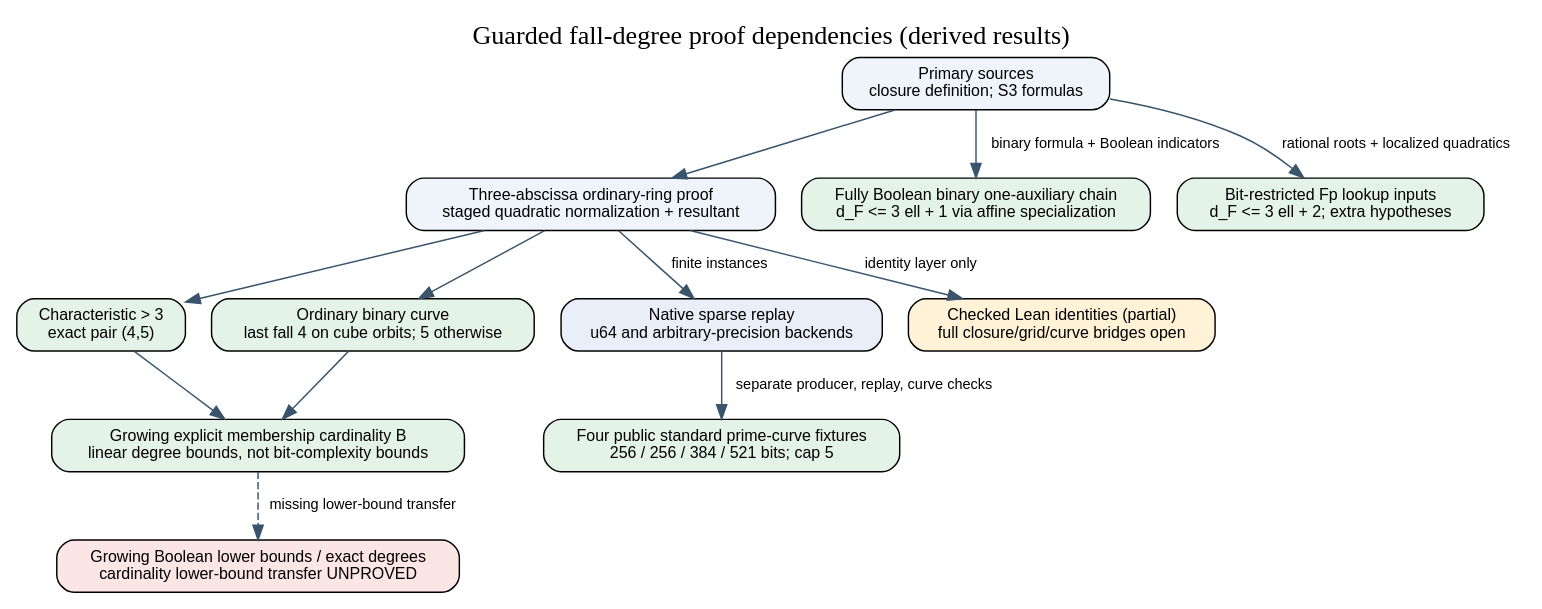
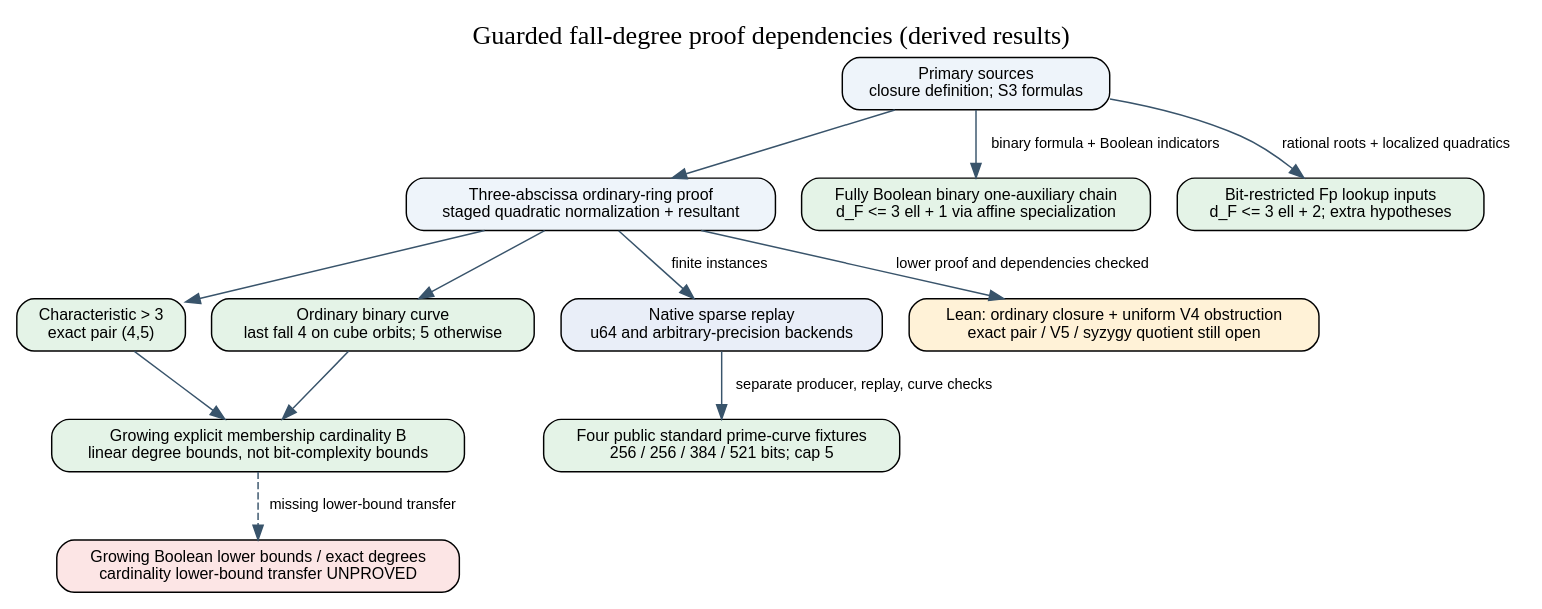
The diagram in research/guarded_fall_degree_20261028/reports/proof-dependencies.dot (isogeny-labs/crypto), drawn with Graphviz before and after one commit. The commit also changed 38 other files, not shown here.

Commit message:
research: prove the guarded degree-four obstruction in Lean

```diff
--- a/research/guarded_fall_degree_20261028/reports/proof-dependencies.dot
+++ b/research/guarded_fall_degree_20261028/reports/proof-dependencies.dot
@@ -1,27 +1,27 @@
 digraph proof {
   graph [rankdir=TB, bgcolor="white", label="Guarded fall-degree proof dependencies (derived results)", labelloc=t, fontsize=18];
   node [shape=box, style="rounded,filled", fillcolor="#eef4fa", fontname="Helvetica", fontsize=11];
   edge [color="#39546b", fontname="Helvetica", fontsize=10];
   sources [label="Primary sources\nclosure definition; S3 formulas"];
   local [label="Three-abscissa ordinary-ring proof\nstaged quadratic normalization + resultant"];
   odd [label="Characteristic > 3\nexact pair (4,5)", fillcolor="#e4f3e7"];
   binary [label="Ordinary binary curve\nlast fall 4 on cube orbits; 5 otherwise", fillcolor="#e4f3e7"];
   growing [label="Growing explicit membership cardinality B\nlinear degree bounds, not bit-complexity bounds", fillcolor="#e4f3e7"];
   native [label="Native sparse replay\nu64 and arbitrary-precision backends", fillcolor="#e9eef8"];
   large [label="Four public standard prime-curve fixtures\n256 / 256 / 384 / 521 bits; cap 5", fillcolor="#e4f3e7"];
-  lean [label="Checked Lean identities (partial)\nfull closure/grid/curve bridges open", fillcolor="#fff2d7"];
+  lean [label="Lean: ordinary closure + uniform V4 obstruction\nexact pair / V5 / syzygy quotient still open", fillcolor="#fff2d7"];
   boolupper [label="Fully Boolean binary one-auxiliary chain\nd_F <= 3 ell + 1 via affine specialization", fillcolor="#e4f3e7"];
   primebits [label="Bit-restricted Fp lookup inputs\nd_F <= 3 ell + 2; extra hypotheses", fillcolor="#e4f3e7"];
   boolean [label="Growing Boolean lower bounds / exact degrees\ncardinality lower-bound transfer UNPROVED", fillcolor="#fce5e5"];
   sources -> local;
   sources -> boolupper [label="binary formula + Boolean indicators"];
   sources -> primebits [label="rational roots + localized quadratics"];
   local -> odd;
   local -> binary;
   odd -> growing;
   binary -> growing;
   local -> native [label="finite instances"];
   native -> large [label="separate producer, replay, curve checks"];
-  local -> lean [label="identity layer only"];
+  local -> lean [label="lower proof and dependencies checked"];
   growing -> boolean [style=dashed, label="missing lower-bound transfer"];
 }
```
